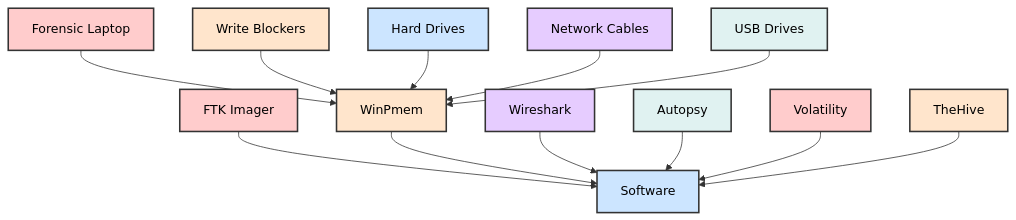
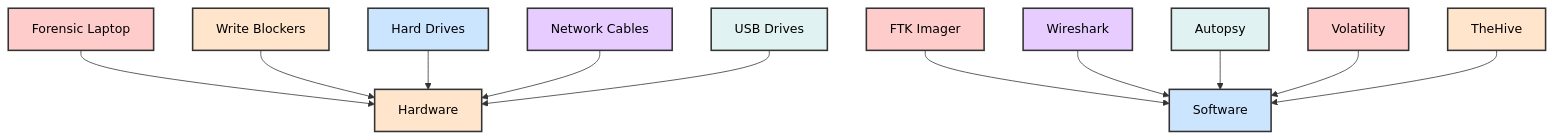
Before and after one commit to manojxshrestha/SOC-Analyst-Cheatsheet: diagram 14 of 29 in 1-Incident-Handling-Process/README.md, drawn with Mermaid. The commit also changed other lines of this file, not shown here.

Commit message:
Fix remaining mermaid diagrams - remove duplicate labels, simplify structures

````diff
--- a/1-Incident-Handling-Process/README.md
+++ b/1-Incident-Handling-Process/README.md
@@ -546,28 +544,30 @@
 ```mermaid
 graph TD
-    A["Forensic Laptop"] --> G["Hardware"]
+    A["Forensic Laptop"] --> G
     B["Write Blockers"] --> G
     C["Hard Drives"] --> G
     D["Network Cables"] --> G
     E["USB Drives"] --> G
     
-    F["FTK Imager"] --> H["Software"]
-    G["WinPmem"] --> H
+    F["FTK Imager"] --> H
     I["Wireshark"] --> H
     J["Autopsy"] --> H
     K["Volatility"] --> H
     L["TheHive"] --> H
+    
+    G["Hardware"]
+    H["Software"]
     
     style A fill:#ffcccc,stroke:#333,stroke-width:2px,color:#000
     style B fill:#ffe5cc,stroke:#333,stroke-width:2px,color:#000
     style C fill:#cce5ff,stroke:#333,stroke-width:2px,color:#000
     style D fill:#e6ccff,stroke:#333,stroke-width:2px,color:#000
     style E fill:#e0f2f1,stroke:#333,stroke-width:2px,color:#000
     style F fill:#ffcccc,stroke:#333,stroke-width:2px,color:#000
     style G fill:#ffe5cc,stroke:#333,stroke-width:2px,color:#000
     style H fill:#cce5ff,stroke:#333,stroke-width:2px,color:#000
     style I fill:#e6ccff,stroke:#333,stroke-width:2px,color:#000
     style J fill:#e0f2f1,stroke:#333,stroke-width:2px,color:#000
     style K fill:#ffcccc,stroke:#333,stroke-width:2px,color:#000
     style L fill:#ffe5cc,stroke:#333,stroke-width:2px,color:#000
 ```
````
